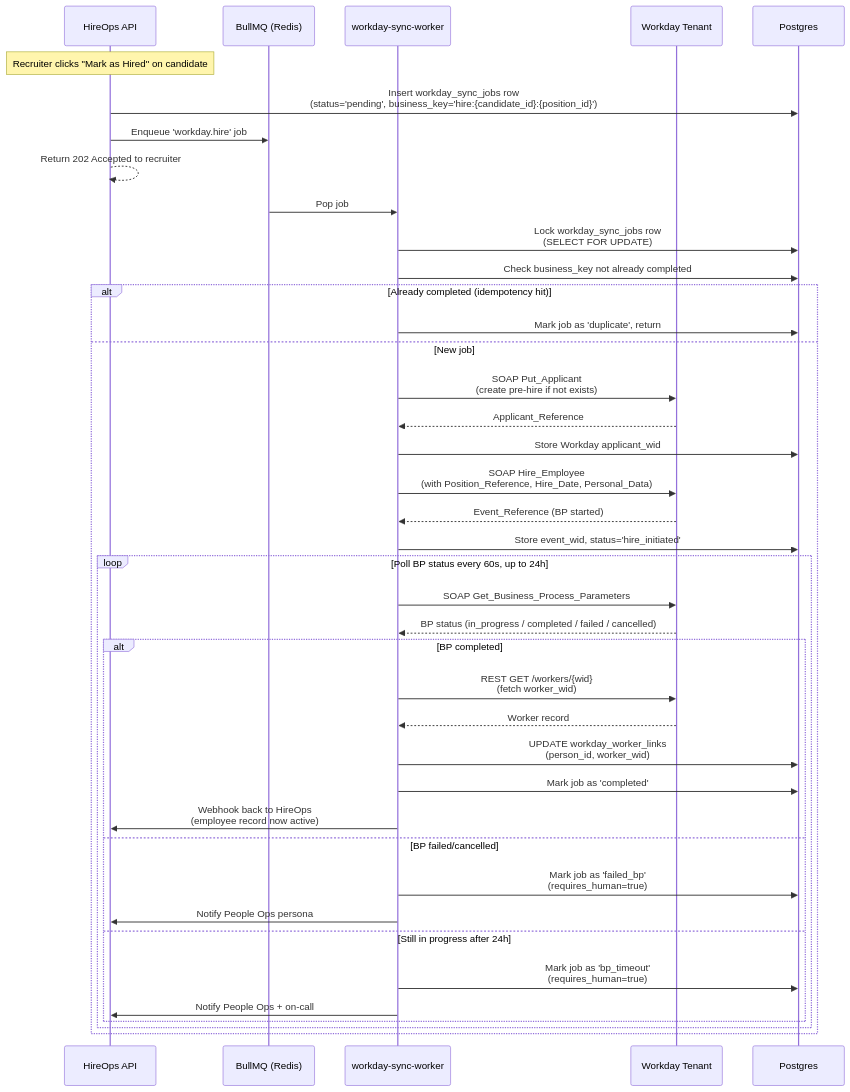
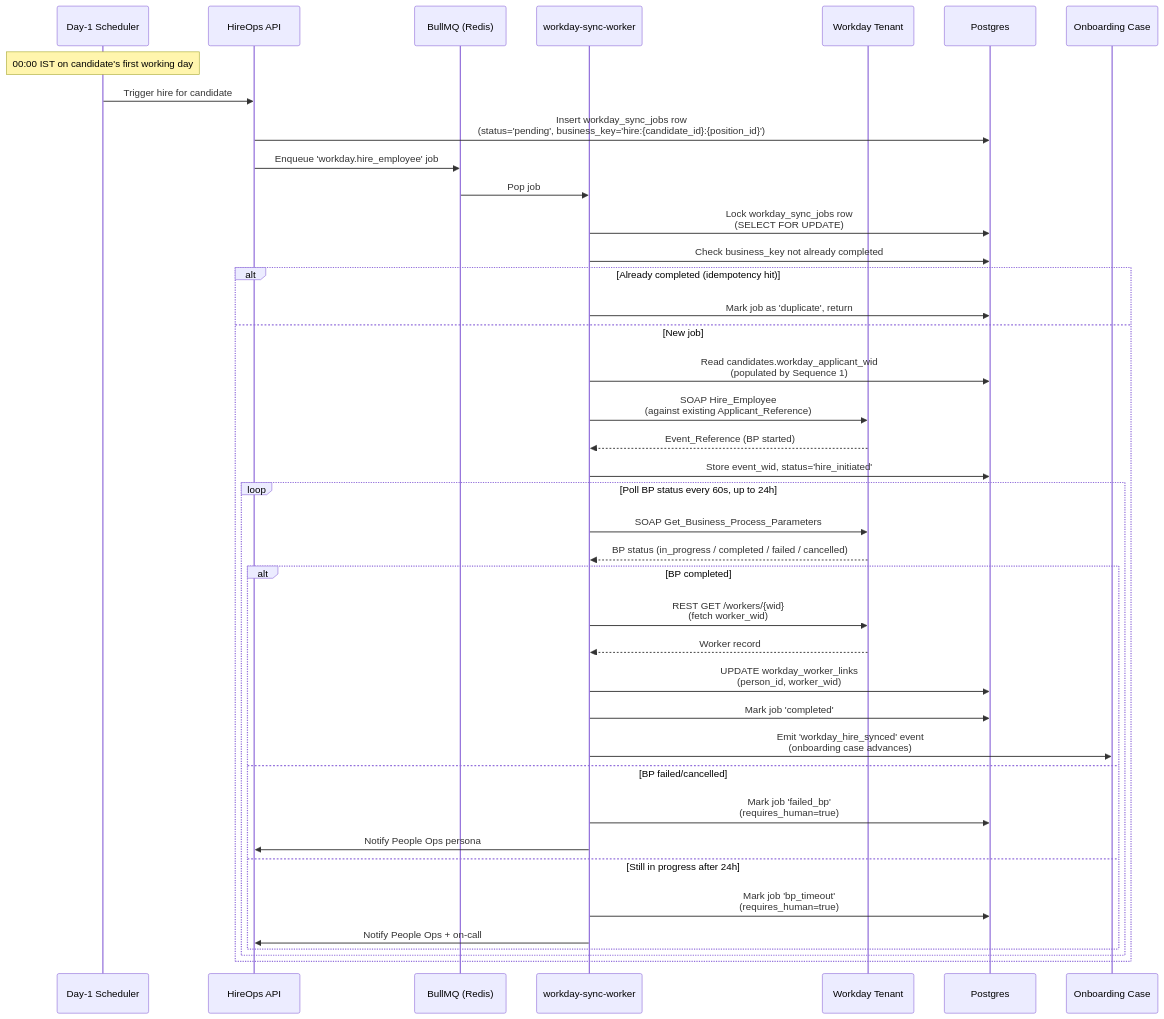
One commit to pocProjectWorkspace/Hireops-Mindssparc changed the second of 2 diagrams in docs/workday-adr.md. Above: the diagram before and after it, drawn with Mermaid. The commit also changed other lines of this file and 8 other files, not shown here.

````diff
--- a/docs/workday-adr.md
+++ b/docs/workday-adr.md
@@ -169,47 +203,46 @@
 ```mermaid
 sequenceDiagram
+    participant Cron as Day-1 Scheduler
     participant App as HireOps API
     participant Q as BullMQ (Redis)
     participant W as workday-sync-worker
     participant WD as Workday Tenant
     participant DB as Postgres
+    participant Onb as Onboarding Case
 
-    Note over App: Recruiter clicks "Mark as Hired" on candidate
+    Note over Cron: 00:00 IST on candidate's first working day
+    Cron->>App: Trigger hire for candidate
     App->>DB: Insert workday_sync_jobs row<br/>(status='pending', business_key='hire:{candidate_id}:{position_id}')
-    App->>Q: Enqueue 'workday.hire' job
-    App-->>App: Return 202 Accepted to recruiter
+    App->>Q: Enqueue 'workday.hire_employee' job
 
     Q->>W: Pop job
     W->>DB: Lock workday_sync_jobs row<br/>(SELECT FOR UPDATE)
     W->>DB: Check business_key not already completed
-    
+
     alt Already completed (idempotency hit)
         W->>DB: Mark job as 'duplicate', return
     else New job
-        W->>WD: SOAP Put_Applicant<br/>(create pre-hire if not exists)
-        WD-->>W: Applicant_Reference
-        W->>DB: Store Workday applicant_wid
-        
-        W->>WD: SOAP Hire_Employee<br/>(with Position_Reference, Hire_Date, Personal_Data)
+        W->>DB: Read candidates.workday_applicant_wid<br/>(populated by Sequence 1)
+        W->>WD: SOAP Hire_Employee<br/>(against existing Applicant_Reference)
         WD-->>W: Event_Reference (BP started)
         W->>DB: Store event_wid, status='hire_initiated'
-        
+
         loop Poll BP status every 60s, up to 24h
             W->>WD: SOAP Get_Business_Process_Parameters
             WD-->>W: BP status (in_progress / completed / failed / cancelled)
             alt BP completed
                 W->>WD: REST GET /workers/{wid}<br/>(fetch worker_wid)
                 WD-->>W: Worker record
                 W->>DB: UPDATE workday_worker_links<br/>(person_id, worker_wid)
-                W->>DB: Mark job as 'completed'
-                W->>App: Webhook back to HireOps<br/>(employee record now active)
+                W->>DB: Mark job 'completed'
+                W->>Onb: Emit 'workday_hire_synced' event<br/>(onboarding case advances)
             else BP failed/cancelled
-                W->>DB: Mark job as 'failed_bp'<br/>(requires_human=true)
+                W->>DB: Mark job 'failed_bp'<br/>(requires_human=true)
                 W->>App: Notify People Ops persona
             else Still in progress after 24h
-                W->>DB: Mark job as 'bp_timeout'<br/>(requires_human=true)
+                W->>DB: Mark job 'bp_timeout'<br/>(requires_human=true)
                 W->>App: Notify People Ops + on-call
             end
         end
     end
 ```
````
